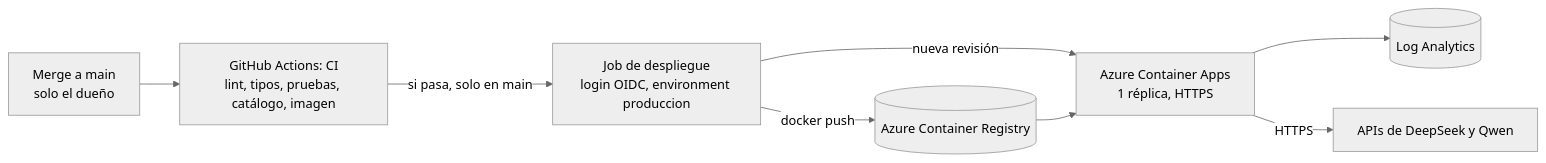
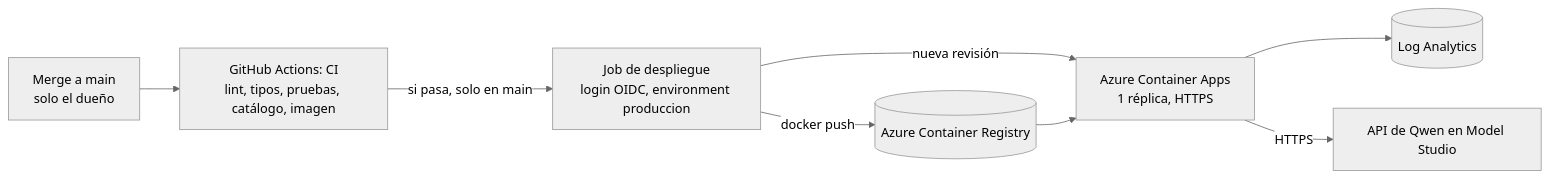
Before and after one commit to MechatronicCoder/chatbot-llm-rag: the second of 3 diagrams in README.md, drawn with Mermaid (neutral theme). The commit also changed other lines of this file and 26 other files, not shown here.

````diff
--- a/README.md
+++ b/README.md
@@ -116,10 +116,10 @@
 ```mermaid
 flowchart LR
     Dev[Merge a main<br/>solo el dueño] --> CI[GitHub Actions: CI<br/>lint, tipos, pruebas, catálogo, imagen]
     CI -->|si pasa, solo en main| CD[Job de despliegue<br/>login OIDC, environment produccion]
     CD -->|docker push| ACR[(Azure Container Registry)]
     CD -->|nueva revisión| ACA[Azure Container Apps<br/>1 réplica, HTTPS]
     ACR --> ACA
     ACA --> LA[(Log Analytics)]
-    ACA -->|HTTPS| APIs[APIs de DeepSeek y Qwen]
+    ACA -->|HTTPS| APIs[API de Qwen en Model Studio]
 ```
````
